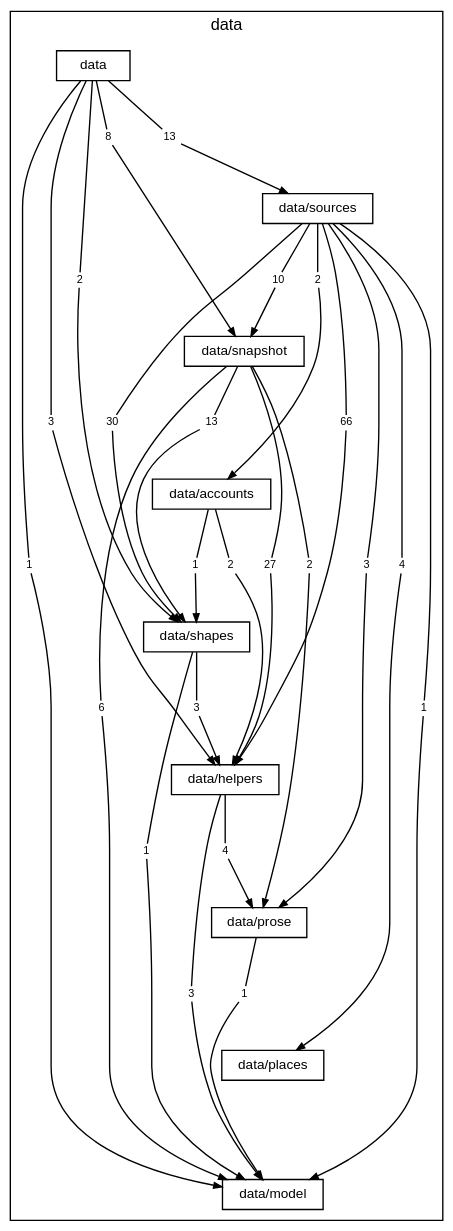
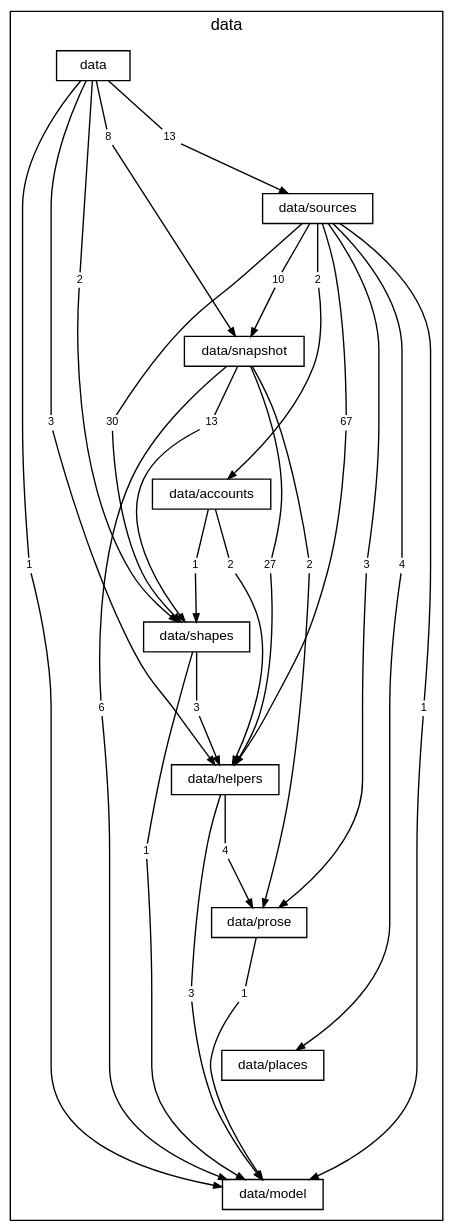
Before and after one commit to TheAxeC/oculus: the diagram in docs/diagrams/layer-data.dot, drawn with Graphviz. The commit also changed 47 other files, not shown here.

```diff
--- a/docs/diagrams/layer-data.dot
+++ b/docs/diagrams/layer-data.dot
@@ -1,94 +1,94 @@
 digraph layer_data {
     graph [bgcolor="transparent", rankdir=TB, newrank=true, mclimit=4, fontname="Helvetica", fontsize=12, nodesep=0.2, ranksep=0.5];
     node [shape=box, color="black", fontcolor="black", fontname="Helvetica", fontsize=10, height=0.3, margin="0.12,0.04"];
     edge [color="black", fontcolor="black", fontname="Helvetica", fontsize=8, arrowsize=0.6];
     subgraph "cluster_data" {
         label="data"; style=solid;
         "folder data" [label="data"];
         "folder data/sources" [label="data/sources"];
         "folder data/snapshot" [label="data/snapshot"];
         "folder data/accounts" [label="data/accounts"];
         "folder data/shapes" [label="data/shapes"];
         "folder data/helpers" [label="data/helpers"];
         "folder data/prose" [label="data/prose"];
         "folder data/places" [label="data/places"];
         "folder data/model" [label="data/model"];
         "folder data to folder data/helpers" [label="3", shape=box, color="transparent", fontsize=8, width=0, height=0, margin="0.04,0.02"];
         "folder data to folder data/model" [label="1", shape=box, color="transparent", fontsize=8, width=0, height=0, margin="0.04,0.02"];
         "folder data to folder data/shapes" [label="2", shape=box, color="transparent", fontsize=8, width=0, height=0, margin="0.04,0.02"];
         "folder data to folder data/snapshot" [label="8", shape=box, color="transparent", fontsize=8, width=0, height=0, margin="0.04,0.02"];
         "folder data to folder data/sources" [label="13", shape=box, color="transparent", fontsize=8, width=0, height=0, margin="0.04,0.02"];
         "folder data/sources to folder data/accounts" [label="2", shape=box, color="transparent", fontsize=8, width=0, height=0, margin="0.04,0.02"];
-        "folder data/sources to folder data/helpers" [label="66", shape=box, color="transparent", fontsize=8, width=0, height=0, margin="0.04,0.02"];
+        "folder data/sources to folder data/helpers" [label="67", shape=box, color="transparent", fontsize=8, width=0, height=0, margin="0.04,0.02"];
         "folder data/sources to folder data/model" [label="1", shape=box, color="transparent", fontsize=8, width=0, height=0, margin="0.04,0.02"];
         "folder data/sources to folder data/places" [label="4", shape=box, color="transparent", fontsize=8, width=0, height=0, margin="0.04,0.02"];
         "folder data/sources to folder data/prose" [label="3", shape=box, color="transparent", fontsize=8, width=0, height=0, margin="0.04,0.02"];
         "folder data/sources to folder data/shapes" [label="30", shape=box, color="transparent", fontsize=8, width=0, height=0, margin="0.04,0.02"];
         "folder data/sources to folder data/snapshot" [label="10", shape=box, color="transparent", fontsize=8, width=0, height=0, margin="0.04,0.02"];
         "folder data/snapshot to folder data/helpers" [label="27", shape=box, color="transparent", fontsize=8, width=0, height=0, margin="0.04,0.02"];
         "folder data/snapshot to folder data/model" [label="6", shape=box, color="transparent", fontsize=8, width=0, height=0, margin="0.04,0.02"];
         "folder data/snapshot to folder data/prose" [label="2", shape=box, color="transparent", fontsize=8, width=0, height=0, margin="0.04,0.02"];
         "folder data/snapshot to folder data/shapes" [label="13", shape=box, color="transparent", fontsize=8, width=0, height=0, margin="0.04,0.02"];
         "folder data/accounts to folder data/helpers" [label="2", shape=box, color="transparent", fontsize=8, width=0, height=0, margin="0.04,0.02"];
         "folder data/accounts to folder data/shapes" [label="1", shape=box, color="transparent", fontsize=8, width=0, height=0, margin="0.04,0.02"];
         "folder data/shapes to folder data/helpers" [label="3", shape=box, color="transparent", fontsize=8, width=0, height=0, margin="0.04,0.02"];
         "folder data/shapes to folder data/model" [label="1", shape=box, color="transparent", fontsize=8, width=0, height=0, margin="0.04,0.02"];
         "folder data/helpers to folder data/model" [label="3", shape=box, color="transparent", fontsize=8, width=0, height=0, margin="0.04,0.02"];
         "folder data/helpers to folder data/prose" [label="4", shape=box, color="transparent", fontsize=8, width=0, height=0, margin="0.04,0.02"];
         "folder data/prose to folder data/model" [label="1", shape=box, color="transparent", fontsize=8, width=0, height=0, margin="0.04,0.02"];
     }
     "folder data" -> "folder data/sources" [style=invis, weight=10, minlen=2];
     "folder data/sources" -> "folder data/snapshot" [style=invis, weight=10, minlen=2];
     "folder data/snapshot" -> "folder data/accounts" [style=invis, weight=10, minlen=2];
     "folder data/accounts" -> "folder data/shapes" [style=invis, weight=10, minlen=2];
     "folder data/shapes" -> "folder data/helpers" [style=invis, weight=10, minlen=2];
     "folder data/helpers" -> "folder data/prose" [style=invis, weight=10, minlen=2];
     "folder data/prose" -> "folder data/places" [style=invis, weight=10, minlen=2];
     "folder data/places" -> "folder data/model" [style=invis, weight=10, minlen=2];
     "folder data" -> "folder data to folder data/helpers" [arrowhead=none, minlen=5, weight=10];
     "folder data to folder data/helpers" -> "folder data/helpers" [];
     "folder data" -> "folder data to folder data/model" [arrowhead=none, minlen=7, weight=10];
     "folder data to folder data/model" -> "folder data/model" [];
     "folder data" -> "folder data to folder data/shapes" [arrowhead=none, minlen=3, weight=10];
     "folder data to folder data/shapes" -> "folder data/shapes" [];
     "folder data" -> "folder data to folder data/snapshot" [arrowhead=none, minlen=1, weight=10];
     "folder data to folder data/snapshot" -> "folder data/snapshot" [];
     "folder data" -> "folder data to folder data/sources" [arrowhead=none, minlen=1, weight=10];
     "folder data to folder data/sources" -> "folder data/sources" [];
     "folder data/sources" -> "folder data/sources to folder data/accounts" [arrowhead=none, minlen=1, weight=10];
     "folder data/sources to folder data/accounts" -> "folder data/accounts" [];
     "folder data/sources" -> "folder data/sources to folder data/helpers" [arrowhead=none, minlen=3, weight=10];
     "folder data/sources to folder data/helpers" -> "folder data/helpers" [];
     "folder data/sources" -> "folder data/sources to folder data/model" [arrowhead=none, minlen=7, weight=10];
     "folder data/sources to folder data/model" -> "folder data/model" [];
     "folder data/sources" -> "folder data/sources to folder data/places" [arrowhead=none, minlen=5, weight=10];
     "folder data/sources to folder data/places" -> "folder data/places" [];
     "folder data/sources" -> "folder data/sources to folder data/prose" [arrowhead=none, minlen=5, weight=10];
     "folder data/sources to folder data/prose" -> "folder data/prose" [];
     "folder data/sources" -> "folder data/sources to folder data/shapes" [arrowhead=none, minlen=3, weight=10];
     "folder data/sources to folder data/shapes" -> "folder data/shapes" [];
     "folder data/sources" -> "folder data/sources to folder data/snapshot" [arrowhead=none, minlen=1, weight=10];
     "folder data/sources to folder data/snapshot" -> "folder data/snapshot" [];
     "folder data/snapshot" -> "folder data/snapshot to folder data/helpers" [arrowhead=none, minlen=3, weight=10];
     "folder data/snapshot to folder data/helpers" -> "folder data/helpers" [];
     "folder data/snapshot" -> "folder data/snapshot to folder data/model" [arrowhead=none, minlen=5, weight=10];
     "folder data/snapshot to folder data/model" -> "folder data/model" [];
     "folder data/snapshot" -> "folder data/snapshot to folder data/prose" [arrowhead=none, minlen=3, weight=10];
     "folder data/snapshot to folder data/prose" -> "folder data/prose" [];
     "folder data/snapshot" -> "folder data/snapshot to folder data/shapes" [arrowhead=none, minlen=1, weight=10];
     "folder data/snapshot to folder data/shapes" -> "folder data/shapes" [];
     "folder data/accounts" -> "folder data/accounts to folder data/helpers" [arrowhead=none, minlen=1, weight=10];
     "folder data/accounts to folder data/helpers" -> "folder data/helpers" [];
     "folder data/accounts" -> "folder data/accounts to folder data/shapes" [arrowhead=none, minlen=1, weight=10];
     "folder data/accounts to folder data/shapes" -> "folder data/shapes" [];
     "folder data/shapes" -> "folder data/shapes to folder data/helpers" [arrowhead=none, minlen=1, weight=10];
     "folder data/shapes to folder data/helpers" -> "folder data/helpers" [];
     "folder data/shapes" -> "folder data/shapes to folder data/model" [arrowhead=none, minlen=3, weight=10];
     "folder data/shapes to folder data/model" -> "folder data/model" [];
     "folder data/helpers" -> "folder data/helpers to folder data/model" [arrowhead=none, minlen=3, weight=10];
     "folder data/helpers to folder data/model" -> "folder data/model" [];
     "folder data/helpers" -> "folder data/helpers to folder data/prose" [arrowhead=none, minlen=1, weight=10];
     "folder data/helpers to folder data/prose" -> "folder data/prose" [];
     "folder data/prose" -> "folder data/prose to folder data/model" [arrowhead=none, minlen=1, weight=10];
     "folder data/prose to folder data/model" -> "folder data/model" [];
 }
```
